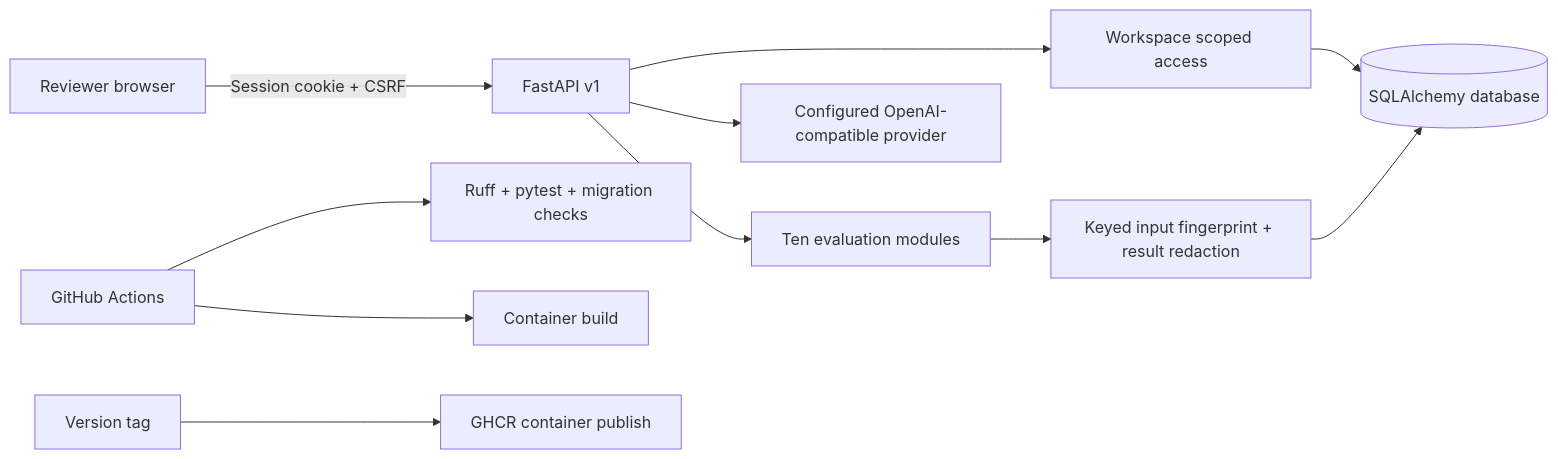
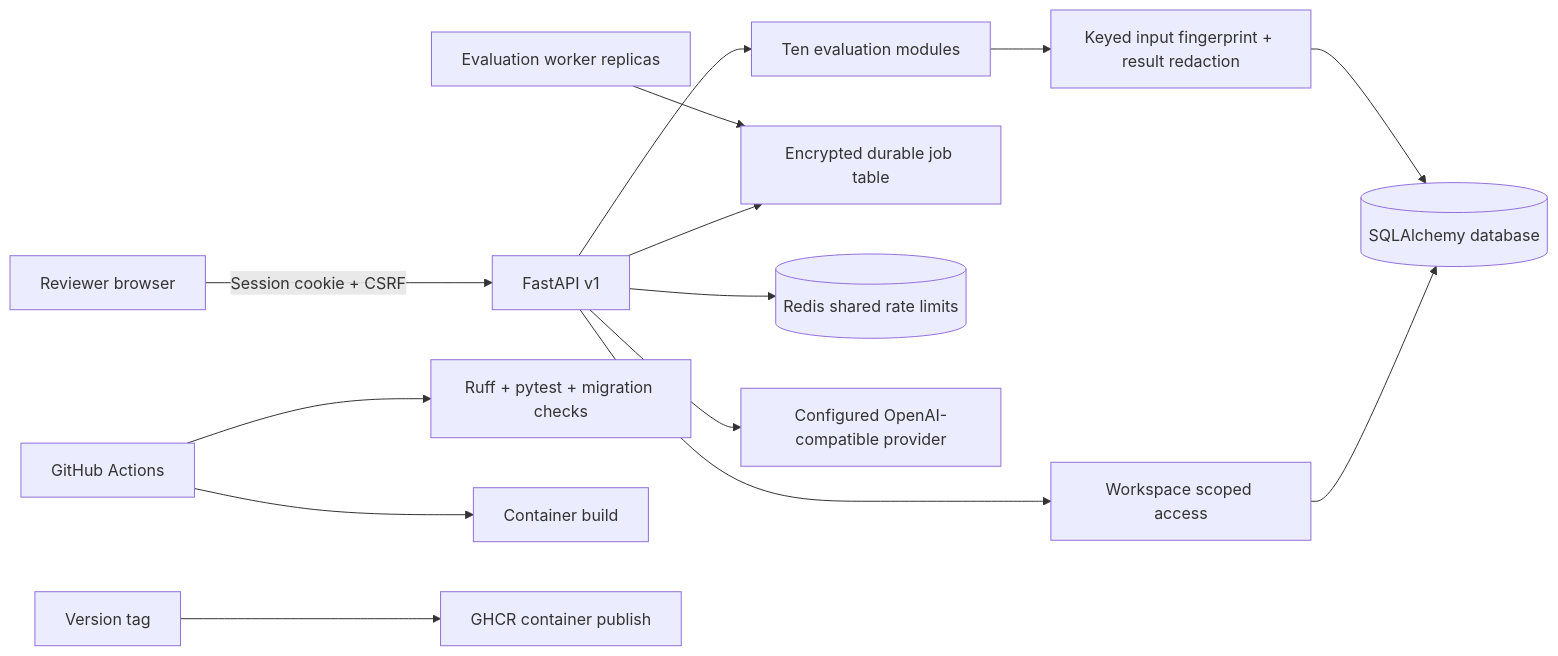
One commit to SriRamkunamsetty/evalworks changed the diagram in docs/ARCHITECTURE.md. Above: the diagram before and after it, drawn with Mermaid. The commit also changed other lines of this file and 25 other files, not shown here.

Commit message:
Add durable evaluation jobs and shared rate limits

````diff
--- a/docs/ARCHITECTURE.md
+++ b/docs/ARCHITECTURE.md
@@ -5,13 +5,16 @@
 ```mermaid
 flowchart LR
     Reviewer[Reviewer browser] -->|Session cookie + CSRF| API[FastAPI v1]
     API --> Modules[Ten evaluation modules]
+    API --> Jobs[Encrypted durable job table]
+    Worker[Evaluation worker replicas] --> Jobs
+    API --> Redis[(Redis shared rate limits)]
     API --> Tenant[Workspace scoped access]
     Tenant --> Store[(SQLAlchemy database)]
     API --> Provider[Configured OpenAI-compatible provider]
     Modules --> Redactor[Keyed input fingerprint + result redaction]
     Redactor --> Store
     CI[GitHub Actions] --> Quality[Ruff + pytest + migration checks]
     CI --> Image[Container build]
     Tag[Version tag] --> Publish[GHCR container publish]
 ```
````
